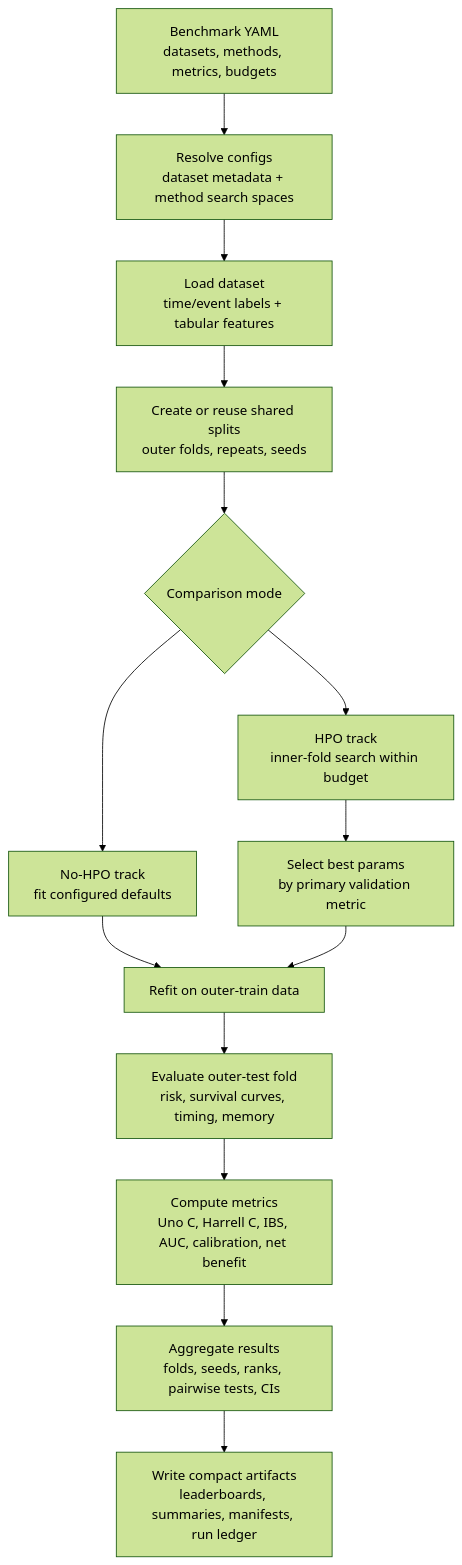
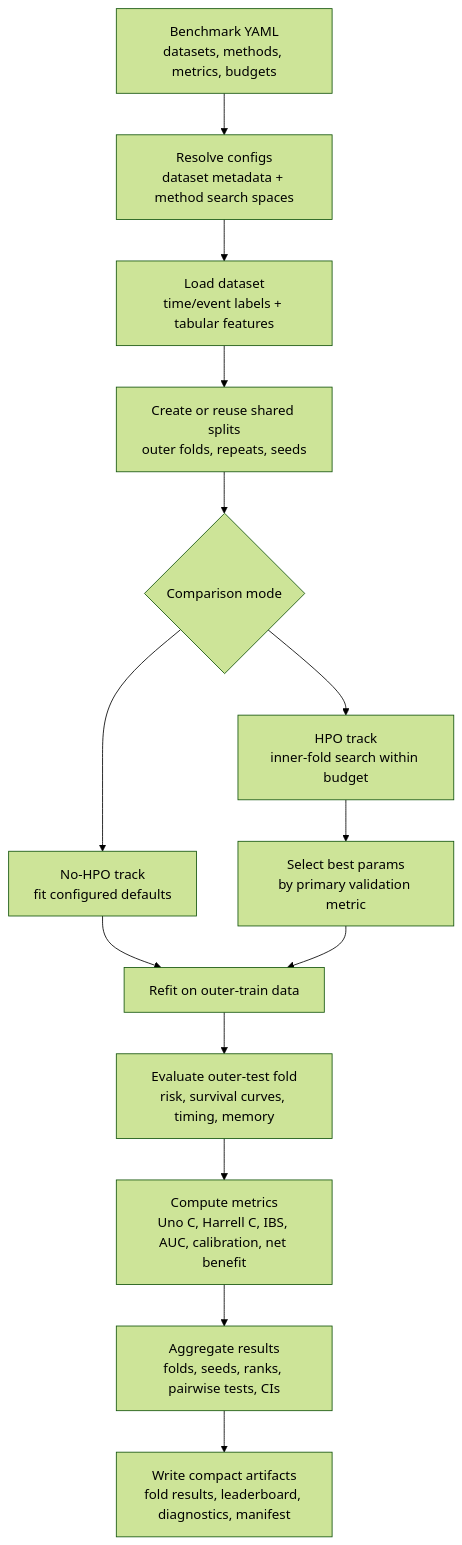
Before and after one commit to MasalaKimchi/SurvArena: the diagram in docs/benchmarking_workflow.md, drawn with Mermaid (forest theme). The commit also changed other lines of this file and 13 other files, not shown here.

````diff
--- a/docs/benchmarking_workflow.md
+++ b/docs/benchmarking_workflow.md
@@ -8,16 +8,16 @@
 ```mermaid
 flowchart TD
     A["Benchmark YAML<br/>datasets, methods, metrics, budgets"] --> B["Resolve configs<br/>dataset metadata + method search spaces"]
     B --> C["Load dataset<br/>time/event labels + tabular features"]
     C --> D["Create or reuse shared splits<br/>outer folds, repeats, seeds"]
     D --> E{"Comparison mode"}
     E --> F["No-HPO track<br/>fit configured defaults"]
     E --> G["HPO track<br/>inner-fold search within budget"]
     G --> H["Select best params<br/>by primary validation metric"]
     F --> I["Refit on outer-train data"]
     H --> I
     I --> J["Evaluate outer-test fold<br/>risk, survival curves, timing, memory"]
     J --> K["Compute metrics<br/>Uno C, Harrell C, IBS, AUC, calibration, net benefit"]
     K --> L["Aggregate results<br/>folds, seeds, ranks, pairwise tests, CIs"]
-    L --> M["Write compact artifacts<br/>leaderboards, summaries, manifests, run ledger"]
+    L --> M["Write compact artifacts<br/>fold results, leaderboard, diagnostics, manifest"]
 ```
````
